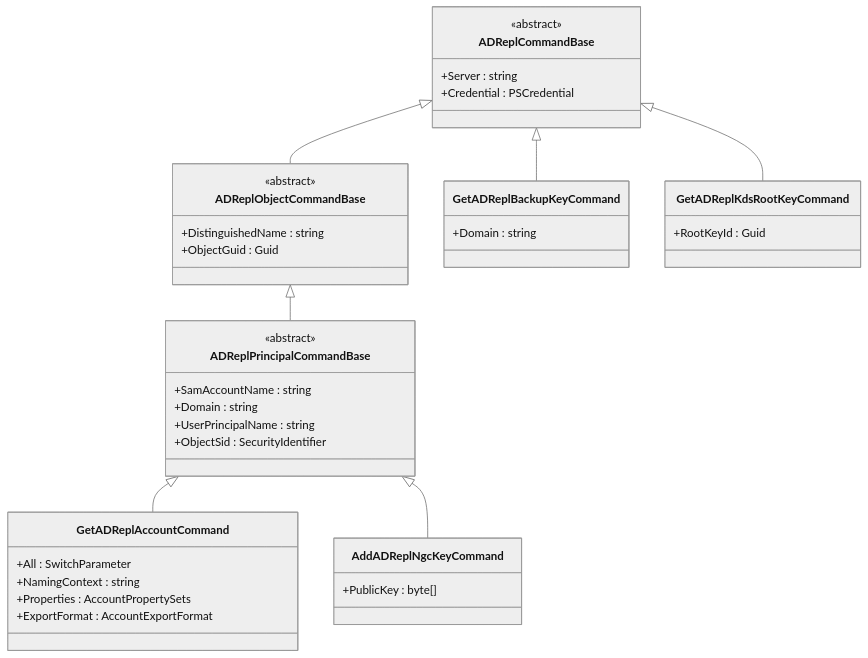
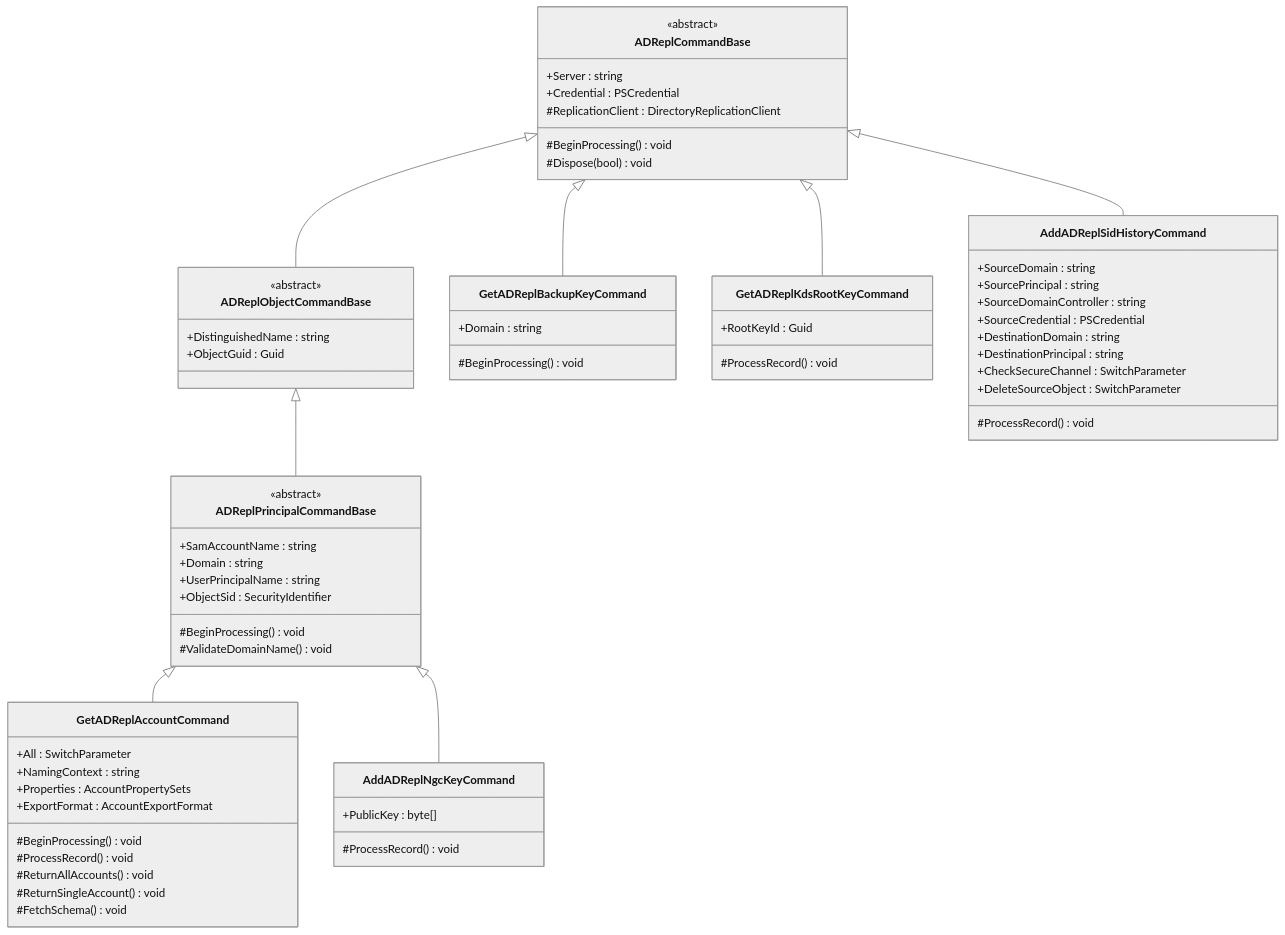
The fourth of 10 diagrams in Src/DSInternals.PowerShell/Commands/README.md (MichaelGrafnetter/DSInternals), drawn with Mermaid (neutral theme) before and after one commit. The commit also changed other lines of this file and 286 other files, not shown here.

````diff
--- a/Src/DSInternals.PowerShell/Commands/README.md
+++ b/Src/DSInternals.PowerShell/Commands/README.md
@@ -233,45 +358,70 @@
 ```mermaid
 classDiagram
     direction TB
     class ADReplCommandBase {
         <<abstract>>
         +Server : string
         +Credential : PSCredential
+        #ReplicationClient : DirectoryReplicationClient
+        #BeginProcessing() void
+        #Dispose(bool) void
     }
     class ADReplObjectCommandBase {
         <<abstract>>
         +DistinguishedName : string
         +ObjectGuid : Guid
     }
     class ADReplPrincipalCommandBase {
         <<abstract>>
         +SamAccountName : string
         +Domain : string
         +UserPrincipalName : string
         +ObjectSid : SecurityIdentifier
+        #BeginProcessing() void
+        #ValidateDomainName() void
     }
 
     ADReplCommandBase <|-- ADReplObjectCommandBase
     ADReplObjectCommandBase <|-- ADReplPrincipalCommandBase
 
     class GetADReplAccountCommand {
         +All : SwitchParameter
         +NamingContext : string
         +Properties : AccountPropertySets
         +ExportFormat : AccountExportFormat
+        #BeginProcessing() void
+        #ProcessRecord() void
+        #ReturnAllAccounts() void
+        #ReturnSingleAccount() void
+        #FetchSchema() void
     }
     class GetADReplBackupKeyCommand {
         +Domain : string
+        #BeginProcessing() void
     }
     class AddADReplNgcKeyCommand {
         +PublicKey : byte[]
+        #ProcessRecord() void
     }
     class GetADReplKdsRootKeyCommand {
         +RootKeyId : Guid
+        #ProcessRecord() void
+    }
+    class AddADReplSidHistoryCommand {
+        +SourceDomain : string
+        +SourcePrincipal : string
+        +SourceDomainController : string
+        +SourceCredential : PSCredential
+        +DestinationDomain : string
+        +DestinationPrincipal : string
+        +CheckSecureChannel : SwitchParameter
+        +DeleteSourceObject : SwitchParameter
+        #ProcessRecord() void
     }
 
     ADReplPrincipalCommandBase <|-- GetADReplAccountCommand
     ADReplPrincipalCommandBase <|-- AddADReplNgcKeyCommand
     ADReplCommandBase <|-- GetADReplBackupKeyCommand
     ADReplCommandBase <|-- GetADReplKdsRootKeyCommand
+    ADReplCommandBase <|-- AddADReplSidHistoryCommand
 ```
````
